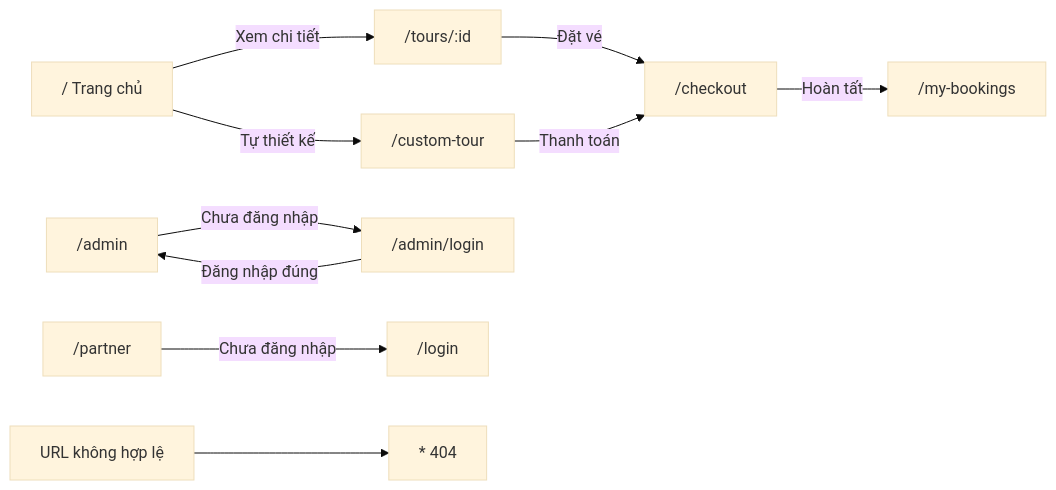
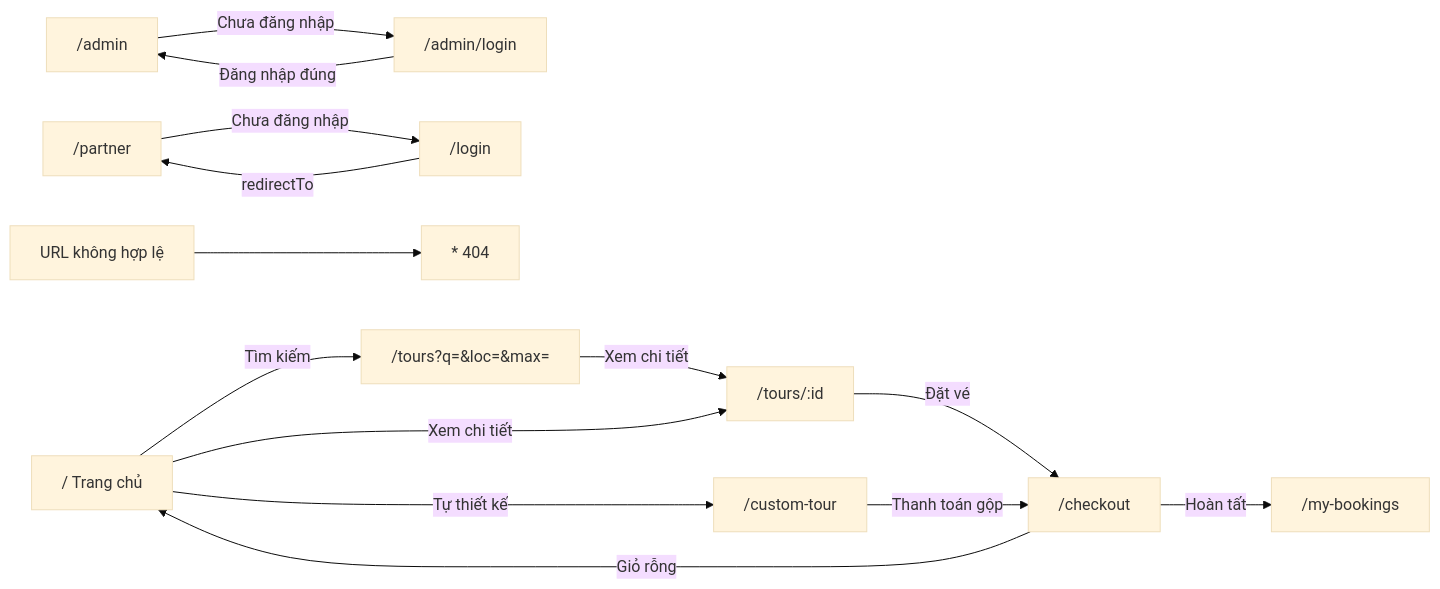
One commit to haiydkr06-hub/Tour-Quang-Tri- changed the diagram in docs/ROUTES.md. Above: the diagram before and after it, drawn with Mermaid (base theme). The commit also changed other lines of this file and 82 other files, not shown here.

````diff
--- a/docs/ROUTES.md
+++ b/docs/ROUTES.md
@@ -18,15 +26,19 @@
 ```mermaid
 flowchart LR
-    Home["/ Trang chủ"] -->|Xem chi tiết| Detail["/tours/:id"]
+    Home["/ Trang chủ"] -->|Tìm kiếm| Tours["/tours?q=&loc=&max="]
+    Home -->|Xem chi tiết| Detail["/tours/:id"]
+    Tours -->|Xem chi tiết| Detail
     Home -->|Tự thiết kế| Custom["/custom-tour"]
     Detail -->|Đặt vé| Checkout["/checkout"]
-    Custom -->|Thanh toán| Checkout
+    Custom -->|Thanh toán gộp| Checkout
+    Checkout -->|Giỏ rỗng| Home
     Checkout -->|Hoàn tất| Bookings["/my-bookings"]
-    
+
     AdminRoute["/admin"] -->|Chưa đăng nhập| AdminLogin["/admin/login"]
     AdminLogin -->|Đăng nhập đúng| AdminRoute
-    
-    PartnerRoute["/partner"] -->|Chưa đăng nhập| PartnerLogin["/login"]
-    
+
+    PartnerRoute["/partner"] -->|Chưa đăng nhập| Login["/login"]
+    Login -->|redirectTo| PartnerRoute
+
     Any["URL không hợp lệ"] --> NotFound["* 404"]
 ```
````
